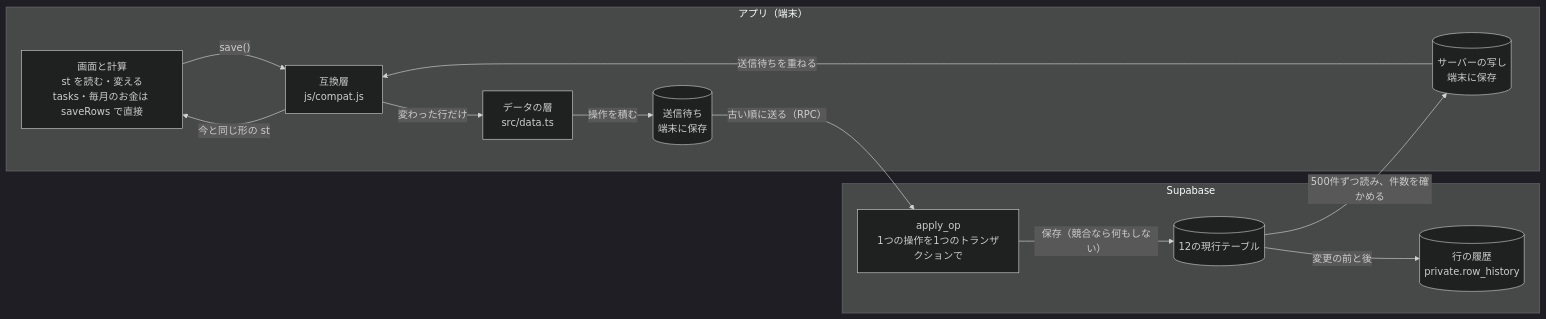
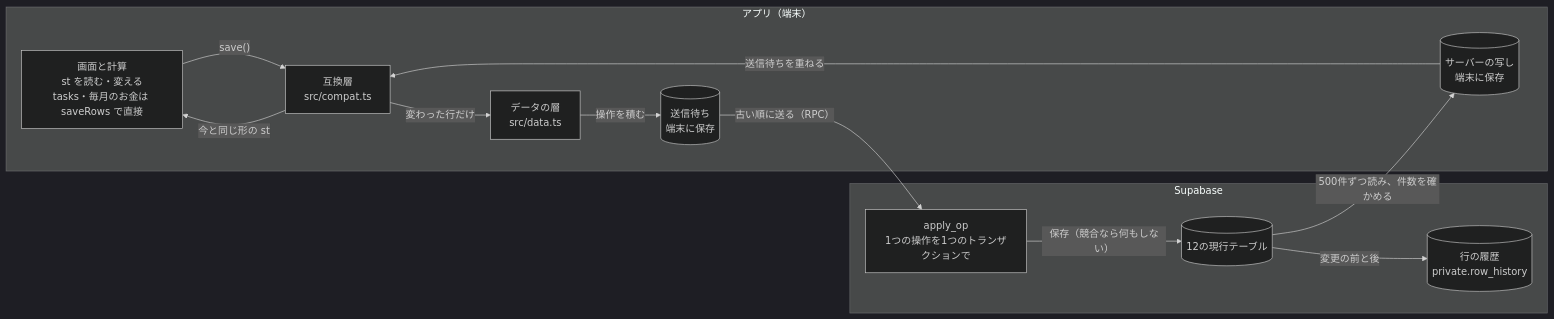
One commit to Keitaro0510/maney-app changed the second of 2 diagrams in docs/db/SCHEMA.md. Above: the diagram before and after it, drawn with Mermaid (dark theme). The commit also changed other lines of this file and 14 other files, not shown here.

First line of the commit message:
compat を src/ の TypeScript に移す（D4 の手順4・D17）

````diff
--- a/docs/db/SCHEMA.md
+++ b/docs/db/SCHEMA.md
@@ -158,24 +158,24 @@
 ```mermaid
 flowchart LR
   subgraph app["アプリ（端末）"]
     UI["画面と計算<br>st を読む・変える<br>tasks・毎月のお金は saveRows で直接"]
-    C["互換層<br>js/compat.js"]
+    C["互換層<br>src/compat.ts"]
     D["データの層<br>src/data.ts"]
     Q[("送信待ち<br>端末に保存")]
     S[("サーバーの写し<br>端末に保存")]
   end
   subgraph db["Supabase"]
     A["apply_op<br>1つの操作を1つのトランザクションで"]
     T[("12の現行テーブル")]
     H[("行の履歴<br>private.row_history")]
   end
   UI -- "save()" --> C
   C -- "変わった行だけ" --> D
   D -- "操作を積む" --> Q
   Q -- "古い順に送る（RPC）" --> A
   A -- "保存（競合なら何もしない）" --> T
   T -- "変更の前と後" --> H
   T -- "500件ずつ読み、件数を確かめる" --> S
   S -- "送信待ちを重ねる" --> C
   C -- "今と同じ形の st" --> UI
 ```
````
